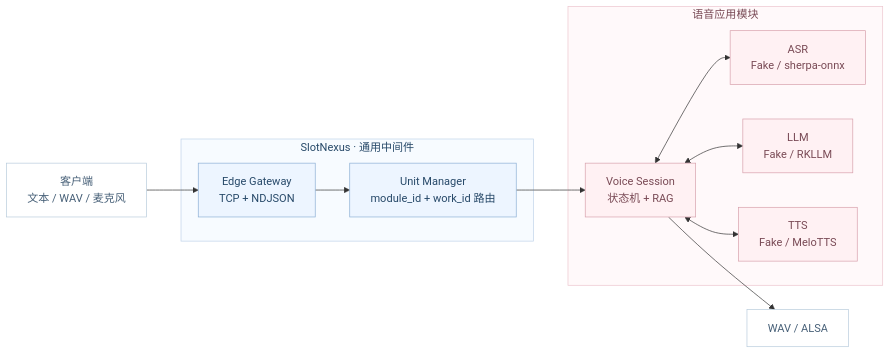
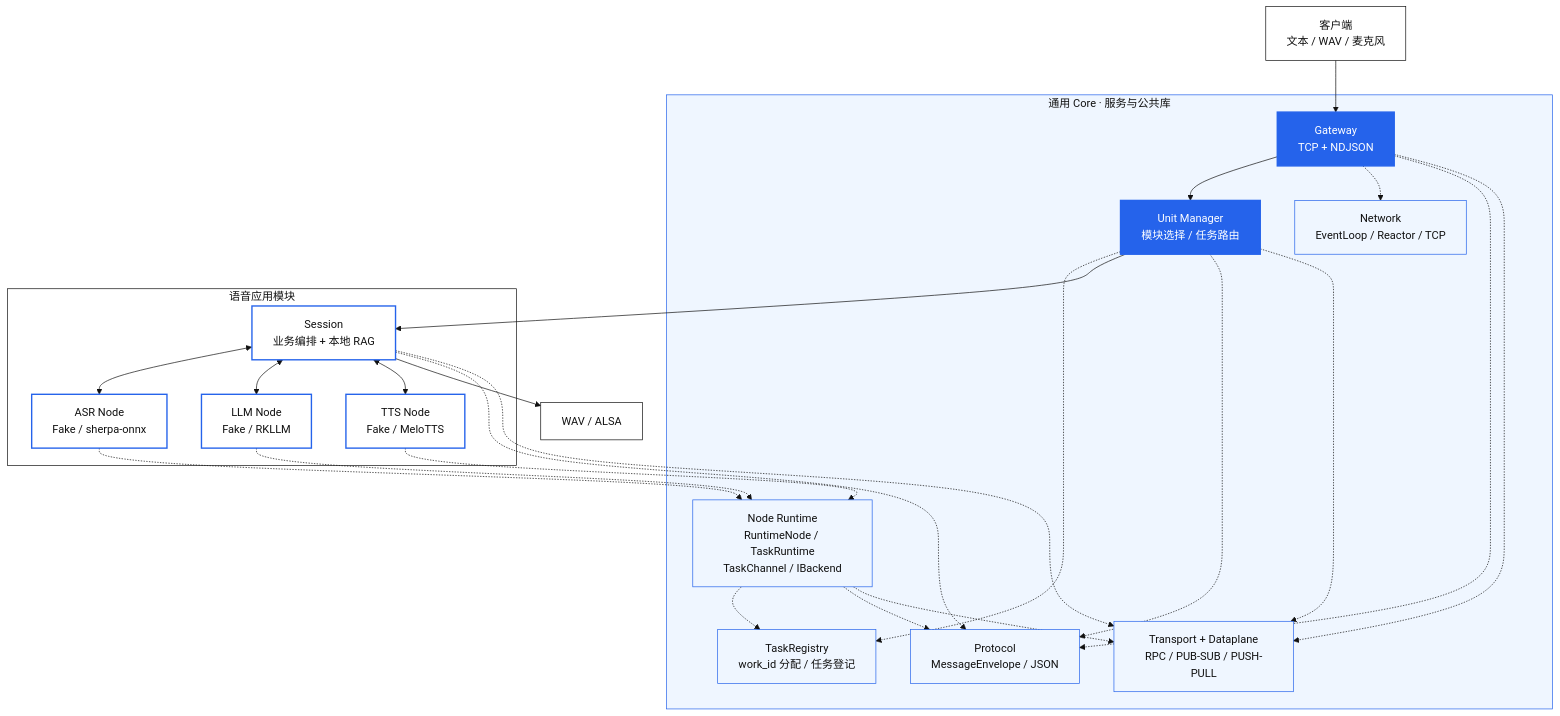
The diagram in README.md (Caden-1224/SlotNexus), drawn with Mermaid before and after one commit. The commit also changed other lines of this file and 7 other files, not shown here.

````diff
--- a/README.md
+++ b/README.md
@@ -63,37 +102,53 @@
 ```mermaid
-flowchart LR
+%%{init: {"theme": "base", "themeVariables": {"primaryColor": "#FFFFFF", "primaryTextColor": "#111111", "primaryBorderColor": "#2563EB", "lineColor": "#111111", "secondaryColor": "#EFF6FF", "tertiaryColor": "#FFFFFF", "clusterBkg": "#FFFFFF", "clusterBorder": "#2563EB", "edgeLabelBackground": "#FFFFFF"}}}%%
+flowchart TB
     Client["客户端<br/>文本 / WAV / 麦克风"]
-    Gateway["Edge Gateway<br/>TCP + NDJSON"]
-    Manager["Unit Manager<br/>module_id + work_id 路由"]
-    Session["Voice Session<br/>状态机 + RAG"]
-    ASR["ASR<br/>Fake / sherpa-onnx"]
-    LLM["LLM<br/>Fake / RKLLM"]
-    TTS["TTS<br/>Fake / MeloTTS"]
-    Output["WAV / ALSA"]
-
-    Client --> Gateway --> Manager --> Session
-    Session <--> ASR
-    Session <--> LLM
-    Session <--> TTS
-    Session --> Output
-
-    subgraph Core["SlotNexus · 通用中间件"]
-        Gateway
-        Manager
+    subgraph Core["通用 Core · 服务与公共库"]
+        Gateway["Gateway<br/>TCP + NDJSON"]
+        Manager["Unit Manager<br/>模块选择 / 任务路由"]
+        Network["Network<br/>EventLoop / Reactor / TCP"]
+        Registry["TaskRegistry<br/>work_id 分配 / 任务登记"]
+        Runtime["Node Runtime<br/>RuntimeNode / TaskRuntime<br/>TaskChannel / IBackend"]
+        Protocol["Protocol<br/>MessageEnvelope / JSON"]
+        Transport["Transport + Dataplane<br/>RPC / PUB-SUB / PUSH-PULL"]
+        Gateway --> Manager
+        Gateway -.-> Network
+        Manager -.-> Registry
+        Runtime -.-> Registry
+        Runtime -.-> Protocol
+        Runtime -.-> Transport
     end
     subgraph Voice["语音应用模块"]
-        Session
-        ASR
-        LLM
-        TTS
+        Session["Session<br/>业务编排 + 本地 RAG"]
+        ASR["ASR Node<br/>Fake / sherpa-onnx"]
+        LLM["LLM Node<br/>Fake / RKLLM"]
+        TTS["TTS Node<br/>Fake / MeloTTS"]
+        Session <--> ASR
+        Session <--> LLM
+        Session <--> TTS
     end
+    Output["WAV / ALSA"]
+    Client --> Gateway
+    Manager --> Session
+    Session --> Output
+    Gateway -.-> Protocol
+    Gateway -.-> Transport
+    Manager -.-> Protocol
+    Manager -.-> Transport
+    Session -.-> Protocol
+    Session -.-> Transport
+    ASR -.-> Runtime
+    LLM -.-> Runtime
+    TTS -.-> Runtime
 
-    classDef core fill:#edf5ff,stroke:#8baed4,color:#274969
-    classDef voice fill:#fff1f3,stroke:#d7a0ac,color:#794a55
-    classDef io fill:#ffffff,stroke:#b8cbdc,color:#465f77
-    class Gateway,Manager core
-    class Session,ASR,LLM,TTS voice
+    classDef service fill:#2563EB,stroke:#2563EB,color:#FFFFFF,stroke-width:2px
+    classDef library fill:#EFF6FF,stroke:#2563EB,color:#111111,stroke-width:1px
+    classDef module fill:#FFFFFF,stroke:#2563EB,color:#111111,stroke-width:2px
+    classDef io fill:#FFFFFF,stroke:#111111,color:#111111,stroke-width:1px
+    class Gateway,Manager service
+    class Network,Registry,Runtime,Protocol,Transport library
+    class Session,ASR,LLM,TTS module
     class Client,Output io
-    style Core fill:#f7fbff,stroke:#bfd3e9,color:#274969
-    style Voice fill:#fff9fa,stroke:#ecc5ce,color:#794a55
+    style Core fill:#EFF6FF,stroke:#2563EB,color:#111111
+    style Voice fill:#FFFFFF,stroke:#111111,color:#111111
 ```
````
